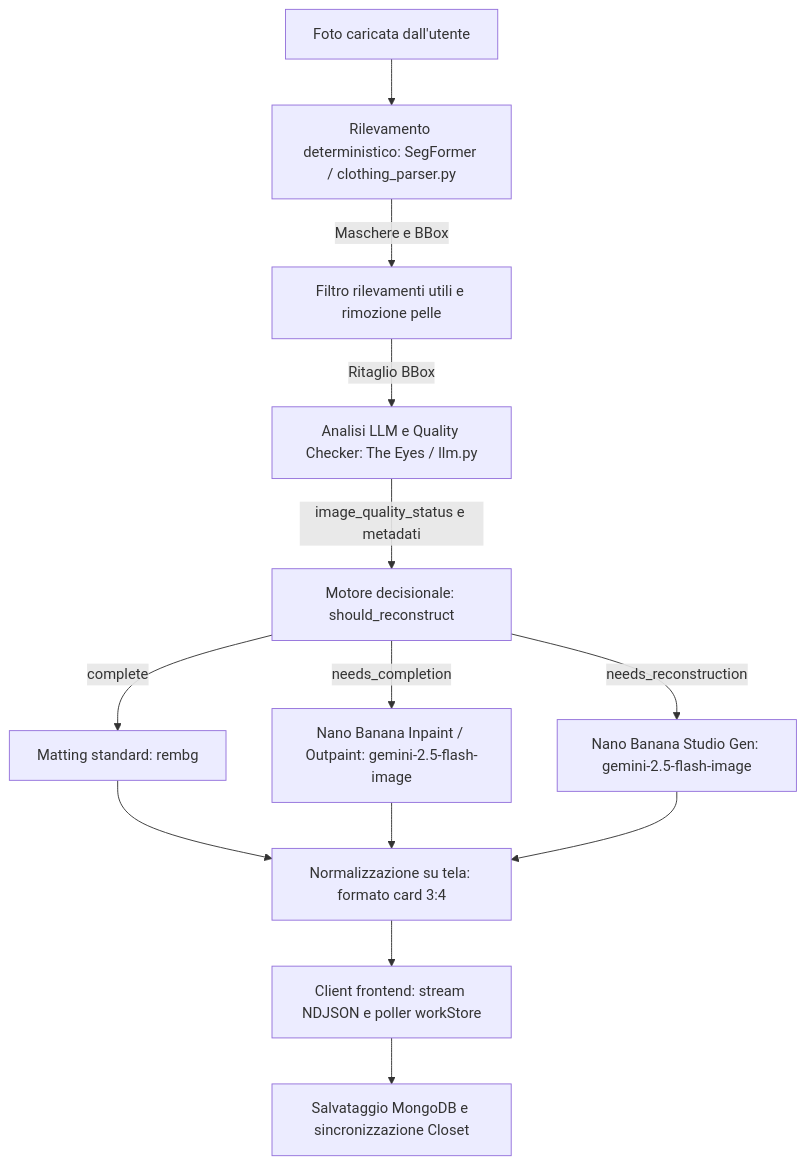
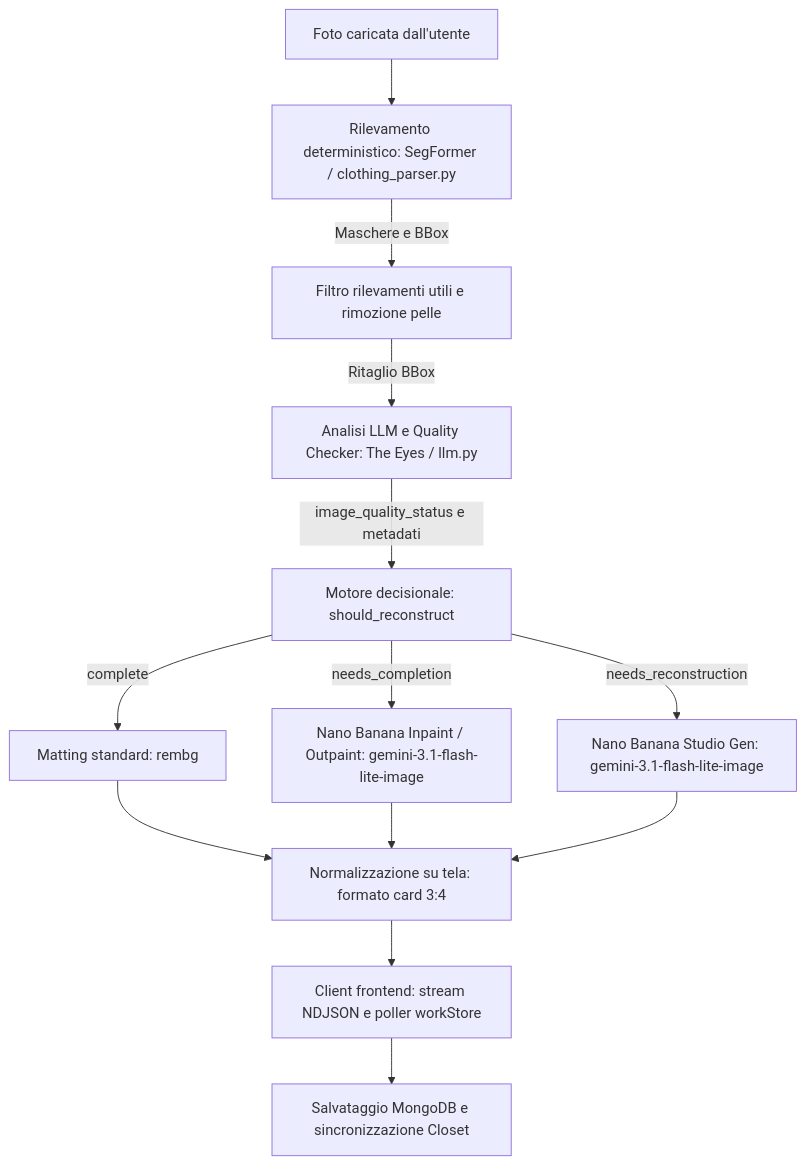
Before and after one commit to Yoram-Jacobs/DressAppV1: the diagram in wiki/it/garmentvision.md, drawn with Mermaid. The commit also changed other lines of this file and 66 other files, not shown here.

````diff
--- a/wiki/it/garmentvision.md
+++ b/wiki/it/garmentvision.md
@@ -18,17 +18,17 @@
 ```mermaid
 graph TD
     A[Foto caricata dall'utente] --> B[Rilevamento deterministico: SegFormer / clothing_parser.py]
     B -->|Maschere e BBox| C[Filtro rilevamenti utili e rimozione pelle]
     C -->|Ritaglio BBox| D[Analisi LLM e Quality Checker: The Eyes / llm.py]
     D -->|image_quality_status e metadati| E[Motore decisionale: should_reconstruct]
     
     E -->|complete| F[Matting standard: rembg]
-    E -->|needs_completion| G[Nano Banana Inpaint / Outpaint: gemini-2.5-flash-image]
-    E -->|needs_reconstruction| H[Nano Banana Studio Gen: gemini-2.5-flash-image]
+    E -->|needs_completion| G[Nano Banana Inpaint / Outpaint: gemini-3.1-flash-lite-image]
+    E -->|needs_reconstruction| H[Nano Banana Studio Gen: gemini-3.1-flash-lite-image]
     
     F --> I[Normalizzazione su tela: formato card 3:4]
     G --> I
     H --> I
     I --> J[Client frontend: stream NDJSON e poller workStore]
     J --> K[Salvataggio MongoDB e sincronizzazione Closet]
 ```
````
